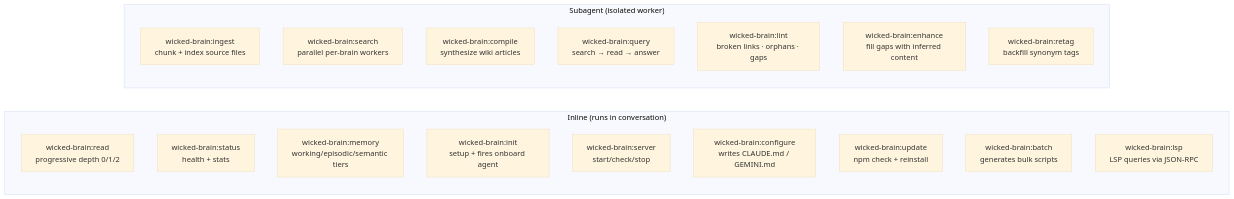
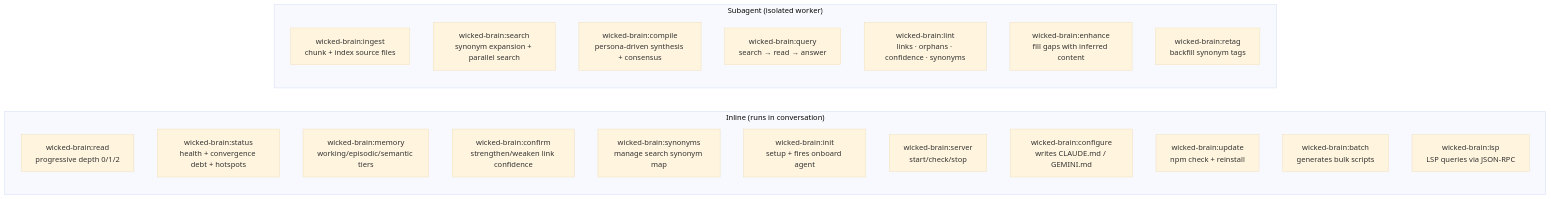
The second of 9 diagrams in ARCHITECTURE.md (mikeparcewski/wicked-brain), drawn with Mermaid (base theme) before and after one commit. The commit also changed other lines of this file and 13 other files, not shown here.

First line of the commit message:
feat: evolutionary edges, behavioral signals, synonym search, persona-driven compile

````diff
--- a/ARCHITECTURE.md
+++ b/ARCHITECTURE.md
@@ -61,24 +61,26 @@
 ```mermaid
 graph LR
     subgraph Inline["Inline (runs in conversation)"]
         read["wicked-brain:read<br/>progressive depth 0/1/2"]
-        status["wicked-brain:status<br/>health + stats"]
+        status["wicked-brain:status<br/>health + convergence debt + hotspots"]
         memory["wicked-brain:memory<br/>working/episodic/semantic tiers"]
+        confirm["wicked-brain:confirm<br/>strengthen/weaken link confidence"]
+        synonyms["wicked-brain:synonyms<br/>manage search synonym map"]
         init["wicked-brain:init<br/>setup + fires onboard agent"]
         server["wicked-brain:server<br/>start/check/stop"]
         configure["wicked-brain:configure<br/>writes CLAUDE.md / GEMINI.md"]
         update["wicked-brain:update<br/>npm check + reinstall"]
         batch["wicked-brain:batch<br/>generates bulk scripts"]
         lsp["wicked-brain:lsp<br/>LSP queries via JSON-RPC"]
     end
 
     subgraph Subagent["Subagent (isolated worker)"]
         ingest["wicked-brain:ingest<br/>chunk + index source files"]
-        search["wicked-brain:search<br/>parallel per-brain workers"]
-        compile["wicked-brain:compile<br/>synthesize wiki articles"]
+        search["wicked-brain:search<br/>synonym expansion + parallel search"]
+        compile["wicked-brain:compile<br/>persona-driven synthesis + consensus"]
         query["wicked-brain:query<br/>search → read → answer"]
-        lint["wicked-brain:lint<br/>broken links · orphans · gaps"]
+        lint["wicked-brain:lint<br/>links · orphans · confidence · synonyms"]
         enhance["wicked-brain:enhance<br/>fill gaps with inferred content"]
         retag["wicked-brain:retag<br/>backfill synonym tags"]
     end
 ```
````
